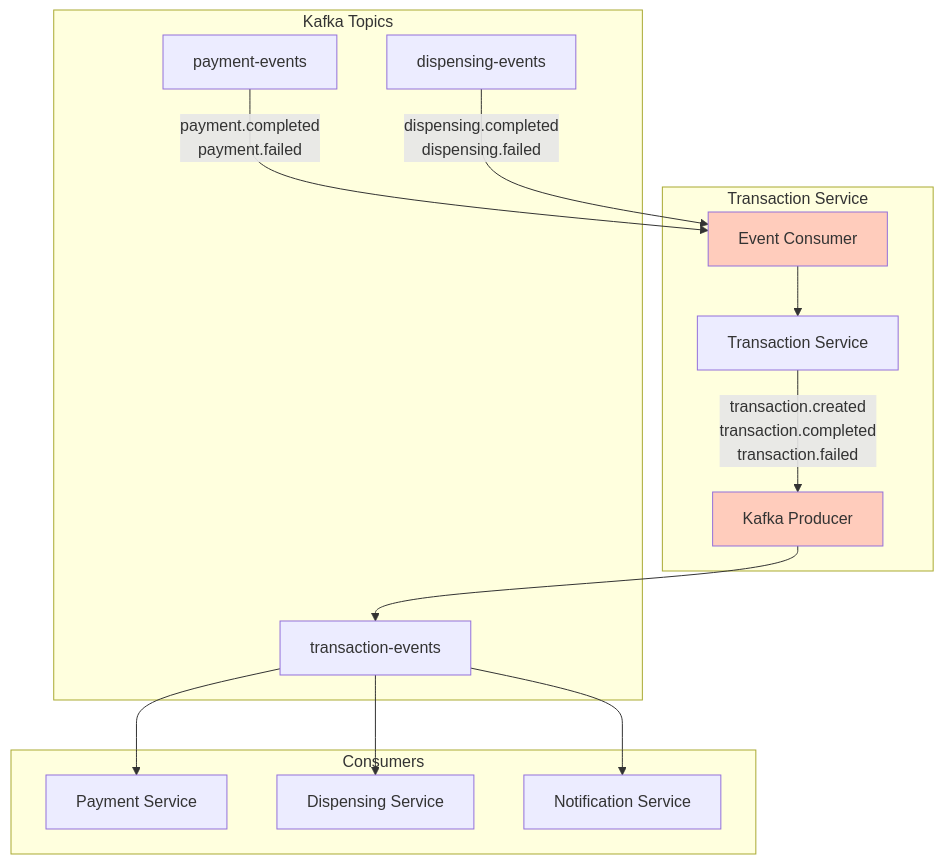
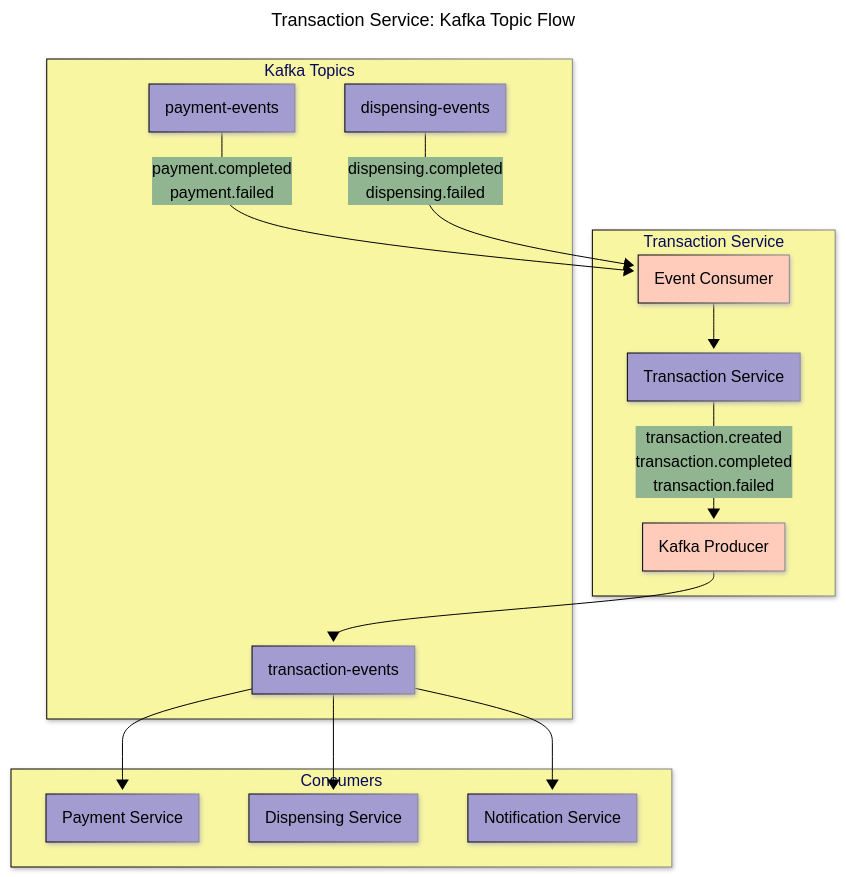
Before and after one commit to BrunoGil-AS/Vending-Machine-Microservices: the fifth of 8 diagrams in Documentation/diagrams/transaction-service.md, drawn with Mermaid. The commit also changed other lines of this file and 7 other files, not shown here.

Commit message:
docs: Update service diagrams with new configurations and titles

````diff
--- a/Documentation/diagrams/transaction-service.md
+++ b/Documentation/diagrams/transaction-service.md
@@ -249,35 +305,49 @@
 ```mermaid
+---
+config:
+  theme: base
+  themeVariables:
+    primaryColor: '#a39cd1ff'
+    primaryTextColor: '#000000'
+    secondaryTextColor: '#ffffffff'
+    primaryBorderColor: '#000000'
+    lineColor: '#000000ff'
+    secondaryColor: '#90b590ff'
+    tertiaryColor: '#f9f6a1ff'
+  look: neo
+title: 'Transaction Service: Kafka Topic Flow'
+---
 graph TB
     subgraph "Transaction Service"
         TRANS_SERVICE[Transaction Service]
         KAFKA_PRODUCER[Kafka Producer]
         KAFKA_CONSUMER[Event Consumer]
     end
 
     subgraph "Kafka Topics"
         TRANS_TOPIC[transaction-events]
         PAY_TOPIC[payment-events]
         DISP_TOPIC[dispensing-events]
     end
 
     subgraph "Consumers"
         PAYMENT_SVC[Payment Service]
         DISPENSING_SVC[Dispensing Service]
         NOTIFICATION_SVC[Notification Service]
     end
 
     TRANS_SERVICE -->|transaction.created<br/>transaction.completed<br/>transaction.failed| KAFKA_PRODUCER
     KAFKA_PRODUCER --> TRANS_TOPIC
 
     TRANS_TOPIC --> PAYMENT_SVC
     TRANS_TOPIC --> DISPENSING_SVC
     TRANS_TOPIC --> NOTIFICATION_SVC
 
     PAY_TOPIC -->|payment.completed<br/>payment.failed| KAFKA_CONSUMER
     DISP_TOPIC -->|dispensing.completed<br/>dispensing.failed| KAFKA_CONSUMER
 
     KAFKA_CONSUMER --> TRANS_SERVICE
 
     style KAFKA_PRODUCER fill:#ffccbc
     style KAFKA_CONSUMER fill:#ffccbc
 ```
````
